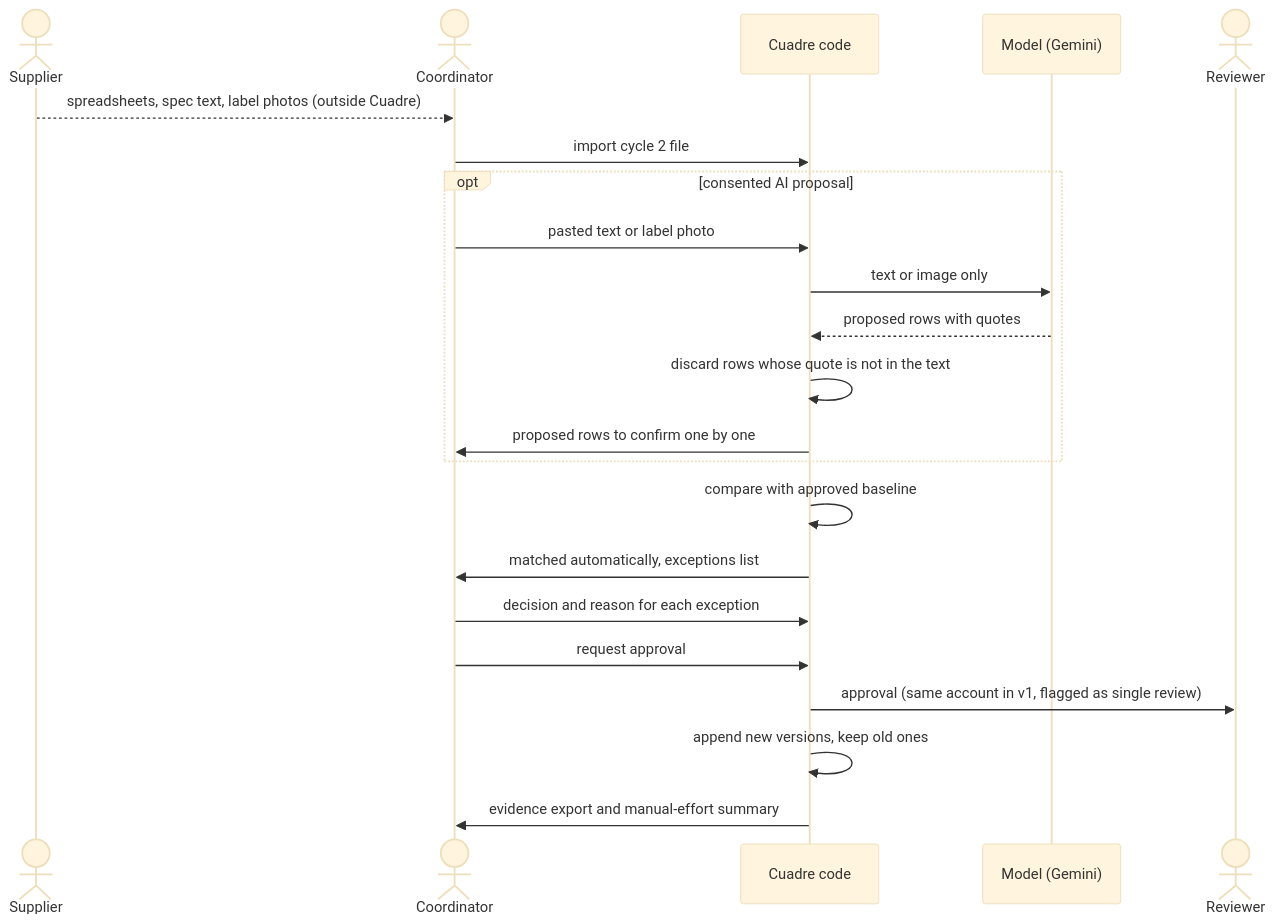
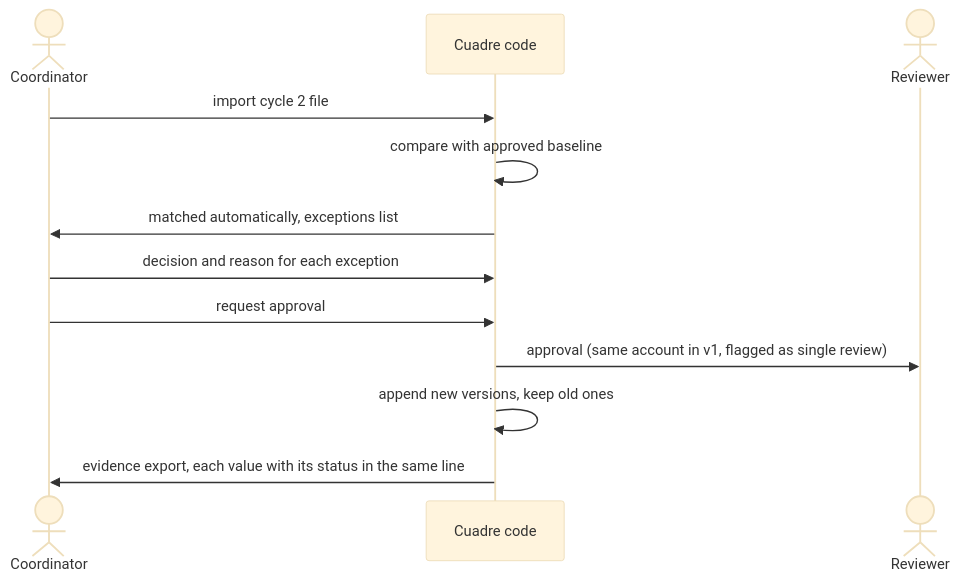
One commit to emiliogomezbuilds/cuadre changed the second of 2 diagrams in docs/PACKET.md. Above: the diagram before and after it, drawn with Mermaid (base theme). The commit also changed other lines of this file and 4 other files, not shown here.

Commit message:
Packet, charter and personas for the Week 12 core build (before code)

````diff
--- a/docs/PACKET.md
+++ b/docs/PACKET.md
@@ -92,24 +63,14 @@
 ```mermaid
 sequenceDiagram
-  actor S as Supplier
   actor K as Coordinator
   participant C as Cuadre code
-  participant M as Model (Gemini)
   actor R as Reviewer
-  S-->>K: spreadsheets, spec text, label photos (outside Cuadre)
   K->>C: import cycle 2 file
-  opt consented AI proposal
-    K->>C: pasted text or label photo
-    C->>M: text or image only
-    M-->>C: proposed rows with quotes
-    C->>C: discard rows whose quote is not in the text
-    C->>K: proposed rows to confirm one by one
-  end
   C->>C: compare with approved baseline
   C->>K: matched automatically, exceptions list
   K->>C: decision and reason for each exception
   K->>C: request approval
   C->>R: approval (same account in v1, flagged as single review)
   C->>C: append new versions, keep old ones
-  C->>K: evidence export and manual-effort summary
+  C->>K: evidence export, each value with its status in the same line
 ```
````
